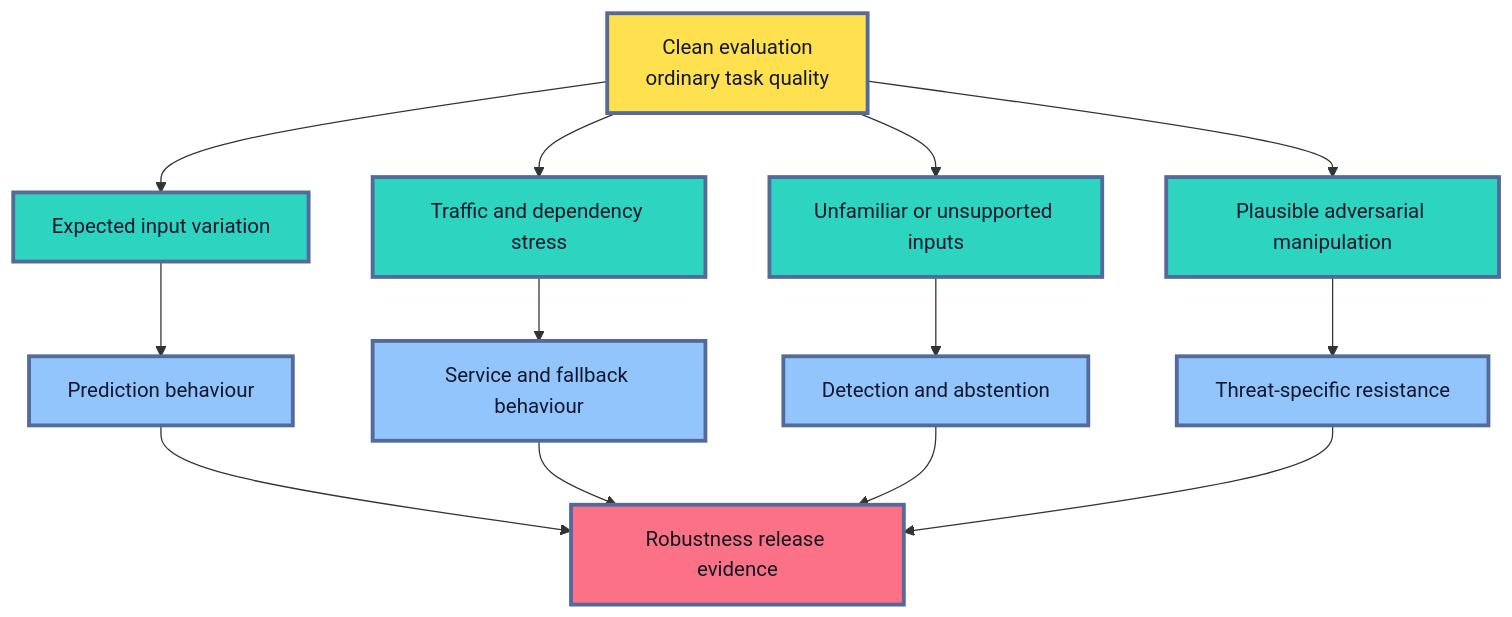
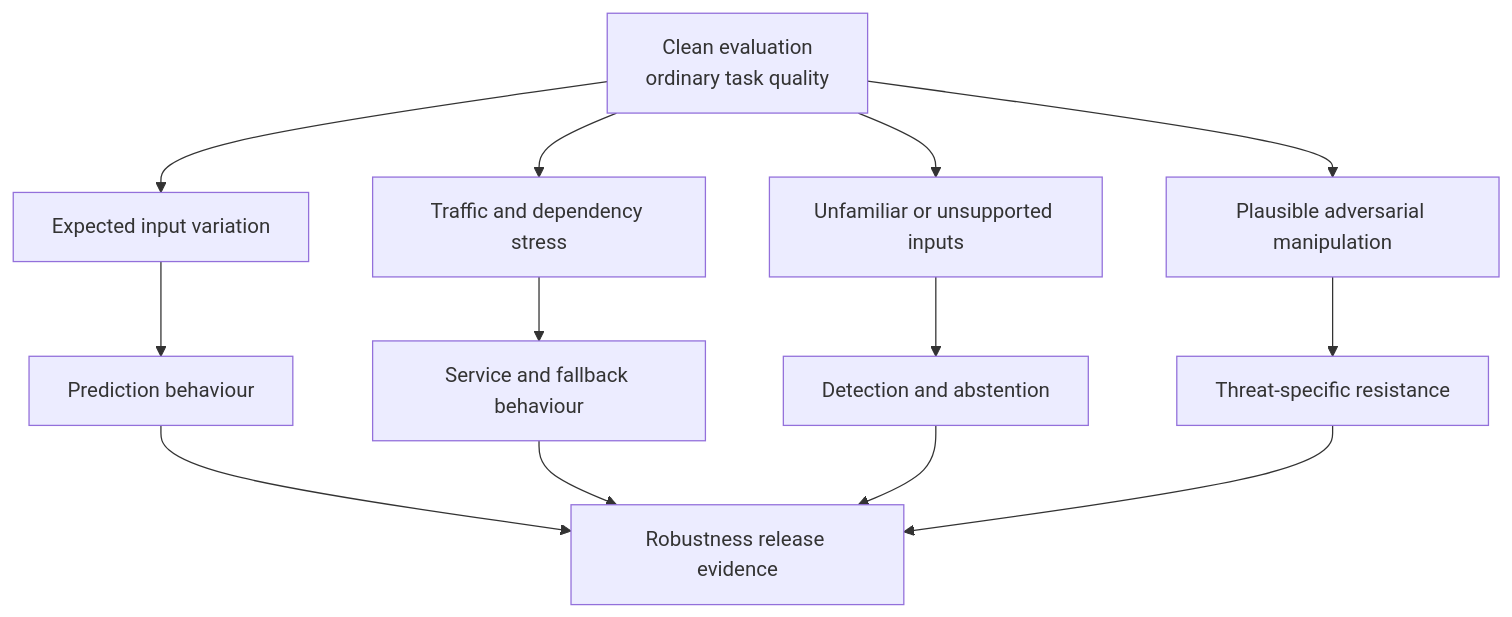
Before and after one commit to senlinyy/dev-roadmaps: the first of 12 diagrams in roadmaps/mlops/modules/model-evaluation/production-readiness/03-robustness-testing-before-release.md, drawn with Mermaid. The commit also changed other lines of this file and 152 other files, not shown here.

Commit message:
feat: mlops and diagrams updated

````diff
--- a/roadmaps/mlops/modules/model-evaluation/production-readiness/03-robustness-testing-before-release.md
+++ b/roadmaps/mlops/modules/model-evaluation/production-readiness/03-robustness-testing-before-release.md
@@ -49,24 +49,20 @@
 ```mermaid
 flowchart TD
     A["Clean evaluation<br/>ordinary task quality"] --> B["Expected input variation"]
     A --> C["Traffic and dependency stress"]
     A --> D["Unfamiliar or unsupported inputs"]
     A --> E["Plausible adversarial manipulation"]
     B --> F["Prediction behaviour"]
     C --> G["Service and fallback behaviour"]
     D --> H["Detection and abstention"]
     E --> I["Threat-specific resistance"]
     F --> J["Robustness release evidence"]
     G --> J
     H --> J
     I --> J
 
-    classDef baseline fill:#FFE04F,stroke:#536A9A,stroke-width:3px,color:#111827
-    classDef condition fill:#2DD4BF,stroke:#536A9A,stroke-width:3px,color:#0F172A
-    classDef behaviour fill:#93C5FD,stroke:#536A9A,stroke-width:3px,color:#0F172A
-    classDef evidence fill:#FB7185,stroke:#536A9A,stroke-width:3px,color:#111827
     class A baseline
     class B,C,D,E condition
     class F,G,H,I behaviour
     class J evidence
 ```
````
